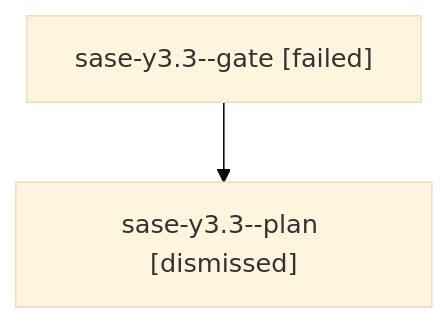
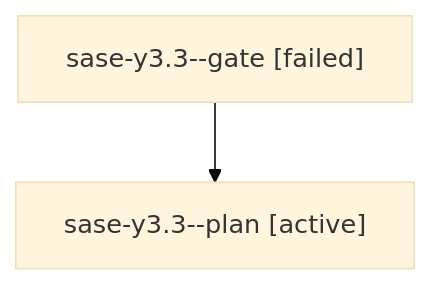
One commit to sase-org/sase--agents changed the diagram in families/bbugyi200.athena.sase-y3.3.md. Above: the diagram before and after it, drawn with Mermaid (base theme). The commit also changed other lines of this file and 35830 other files, not shown here.

````diff
--- a/families/bbugyi200.athena.sase-y3.3.md
+++ b/families/bbugyi200.athena.sase-y3.3.md
@@ -9,6 +9,6 @@
 ```mermaid
 flowchart TD
   n0["sase-y3.3--gate [failed]"]
-  n1["sase-y3.3--plan [dismissed]"]
+  n1["sase-y3.3--plan [active]"]
   n0 --> n1
 ```
````
